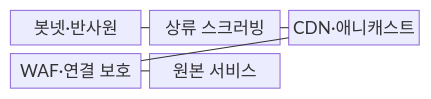
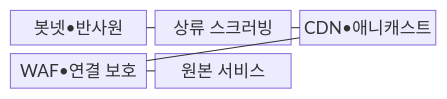
The first of 2 diagrams in src/content/docs/notes/05-security/025_ddos_attack.md (agnusdei1207/knowledge-base), drawn with Mermaid before and after one commit. The commit also changed other lines of this file and 953 other files, not shown here.

````diff
--- a/src/content/docs/notes/05-security/025_ddos_attack.md
+++ b/src/content/docs/notes/05-security/025_ddos_attack.md
@@ -67,13 +67,13 @@
 ```mermaid
 block-beta
     columns 3
-    A["봇넷·반사원"]
+    A["봇넷•반사원"]
     B["상류 스크러빙"]
-    C["CDN·애니캐스트"]
-    D["WAF·연결 보호"]
+    C["CDN•애니캐스트"]
+    D["WAF•연결 보호"]
     E["원본 서비스"]
     A --- B
     B --- C
     C --- D
     D --- E
 ```
````
